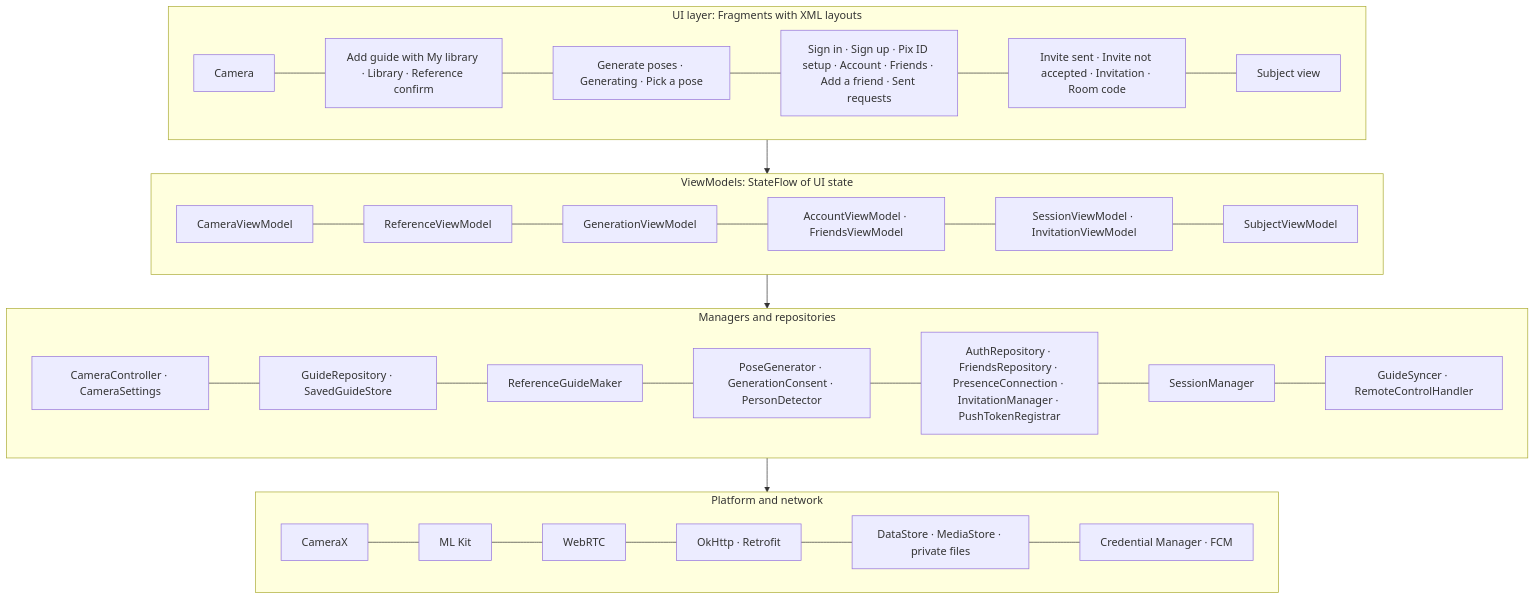
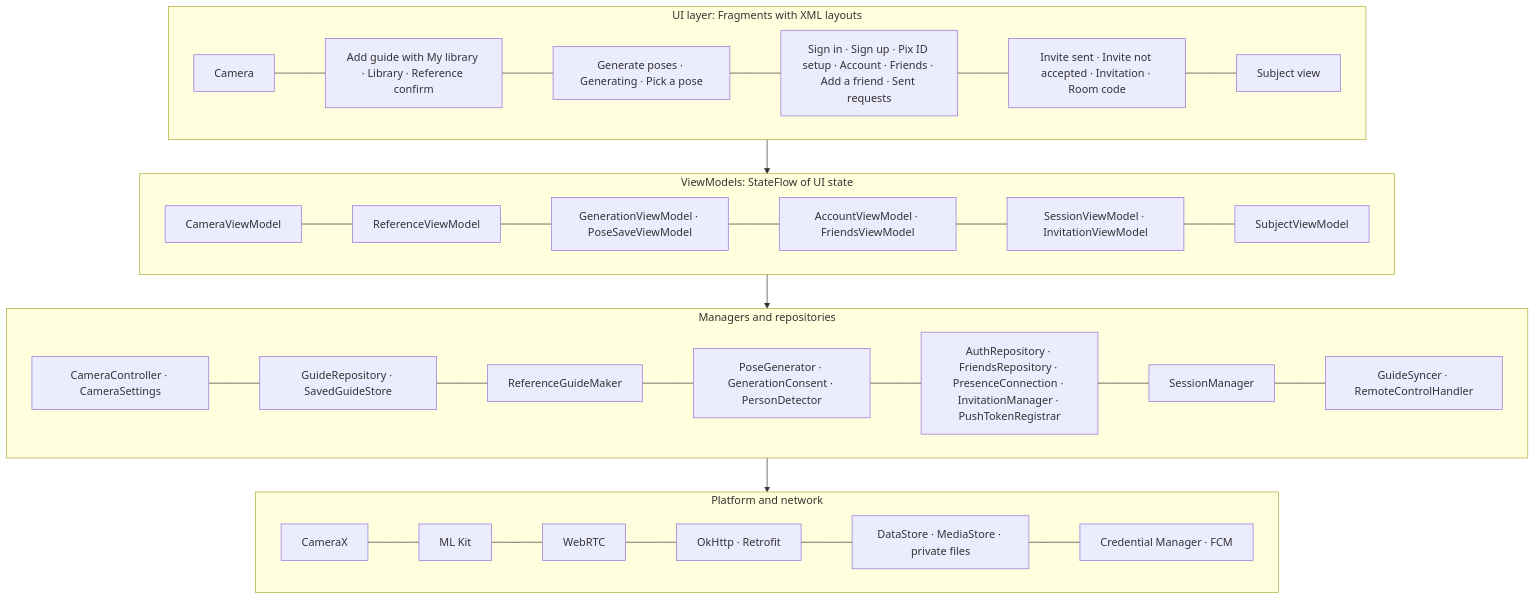
Before and after one commit to snuhcs-course/swpp-2026-project-team-10: the fifth of 12 diagrams in wiki/Design-Documentation.md, drawn with Mermaid. The commit also changed other lines of this file and 33 other files, not shown here.

First line of the commit message:
feat: save a generated pose to the library

````diff
--- a/wiki/Design-Documentation.md
+++ b/wiki/Design-Documentation.md
@@ -342,16 +343,16 @@
 ```mermaid
 flowchart TB
   subgraph UI["UI layer: Fragments with XML layouts"]
     C1["Camera"] --- C2["Add guide with My library · Library · Reference confirm"] --- C3["Generate poses · Generating · Pick a pose"] --- C4["Sign in · Sign up · Pix ID setup · Account · Friends · Add a friend · Sent requests"] --- C5["Invite sent · Invite not accepted · Invitation · Room code"] --- C6["Subject view"]
   end
   subgraph VM["ViewModels: StateFlow of UI state"]
-    V1["CameraViewModel"] --- V2["ReferenceViewModel"] --- V3["GenerationViewModel"] --- V4["AccountViewModel · FriendsViewModel"] --- V5["SessionViewModel · InvitationViewModel"] --- V6["SubjectViewModel"]
+    V1["CameraViewModel"] --- V2["ReferenceViewModel"] --- V3["GenerationViewModel · PoseSaveViewModel"] --- V4["AccountViewModel · FriendsViewModel"] --- V5["SessionViewModel · InvitationViewModel"] --- V6["SubjectViewModel"]
   end
   subgraph DOM["Managers and repositories"]
     D1["CameraController · CameraSettings"] --- D2["GuideRepository · SavedGuideStore"] --- D3["ReferenceGuideMaker"] --- D4["PoseGenerator · GenerationConsent · PersonDetector"] --- D5["AuthRepository · FriendsRepository · PresenceConnection · InvitationManager · PushTokenRegistrar"] --- D6["SessionManager"] --- D7["GuideSyncer · RemoteControlHandler"]
   end
   subgraph SRC["Platform and network"]
     S1["CameraX"] --- S2["ML Kit"] --- S3["WebRTC"] --- S4["OkHttp · Retrofit"] --- S5["DataStore · MediaStore · private files"] --- S6["Credential Manager · FCM"]
   end
   UI --> VM --> DOM --> SRC
 ```
````
